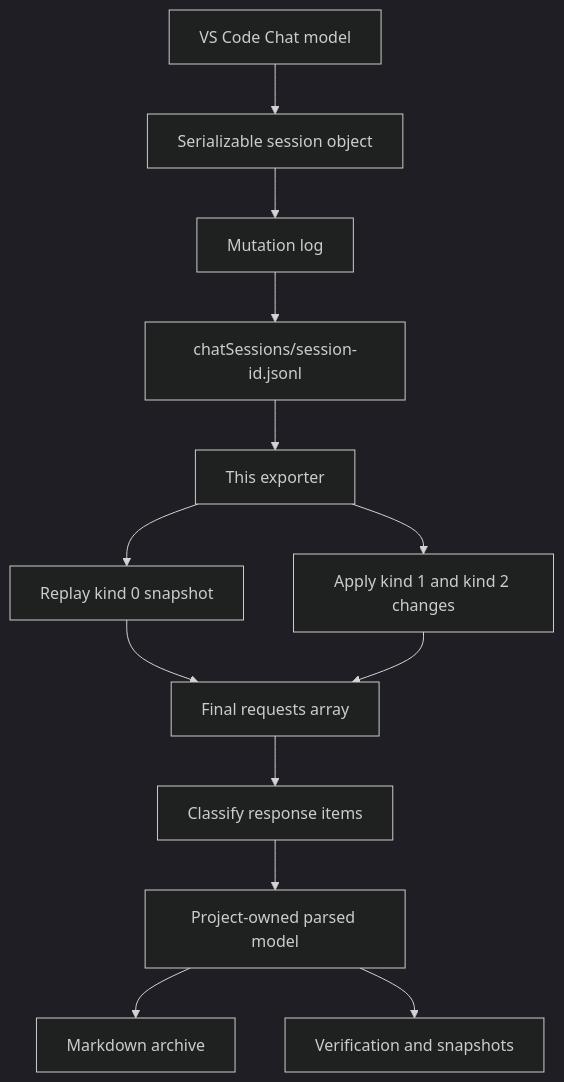
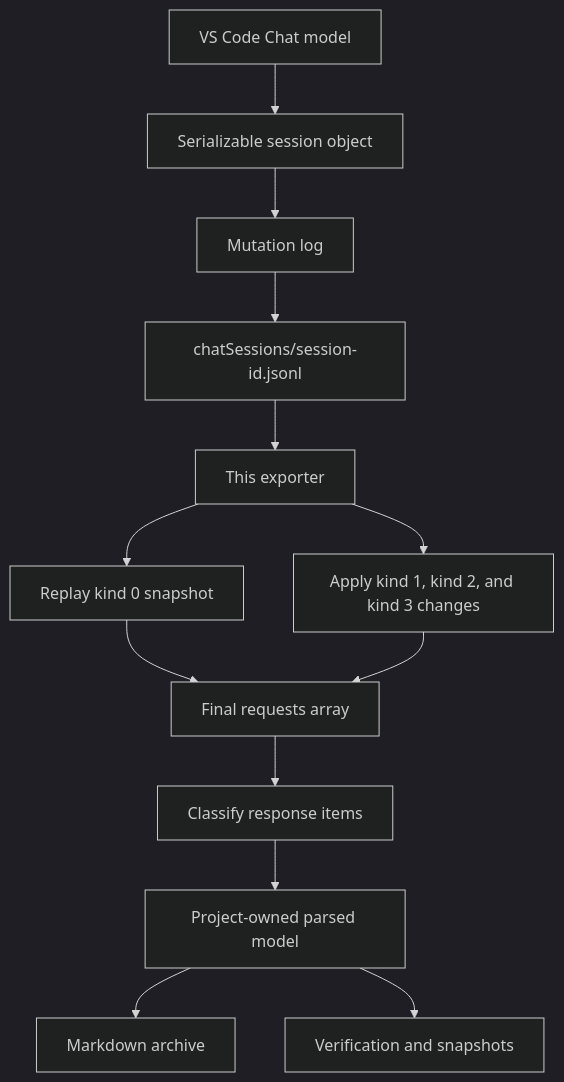
The first of 13 diagrams in docs/CHAT-SESSION-SCHEMA.md (rrabb/copilot-chat-exporter), drawn with Mermaid (dark theme) before and after one commit. The commit also changed other lines of this file and 16 other files, not shown here.

````diff
--- a/docs/CHAT-SESSION-SCHEMA.md
+++ b/docs/CHAT-SESSION-SCHEMA.md
@@ -27,15 +27,15 @@
 ```mermaid
 flowchart TD
     A[VS Code Chat model] --> B[Serializable session object]
     B --> C[Mutation log]
     C --> D[chatSessions/session-id.jsonl]
     D --> E[This exporter]
     E --> F[Replay kind 0 snapshot]
-    E --> G[Apply kind 1 and kind 2 changes]
+    E --> G[Apply kind 1, kind 2, and kind 3 changes]
     F --> H[Final requests array]
     G --> H
     H --> I[Classify response items]
     I --> J[Project-owned parsed model]
     J --> K[Markdown archive]
     J --> L[Verification and snapshots]
 ```
````
